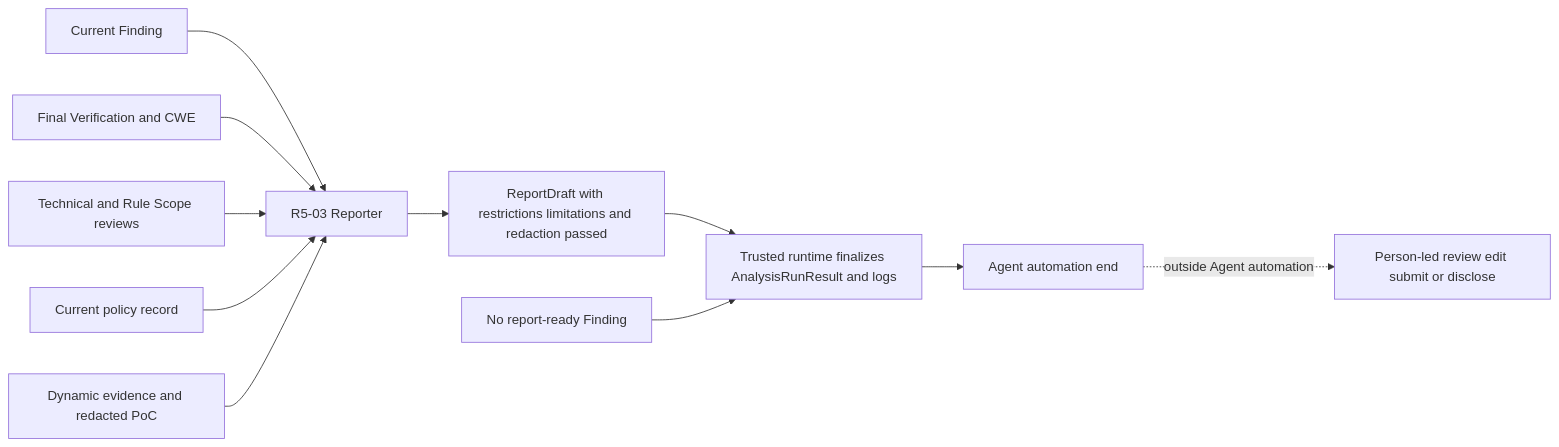
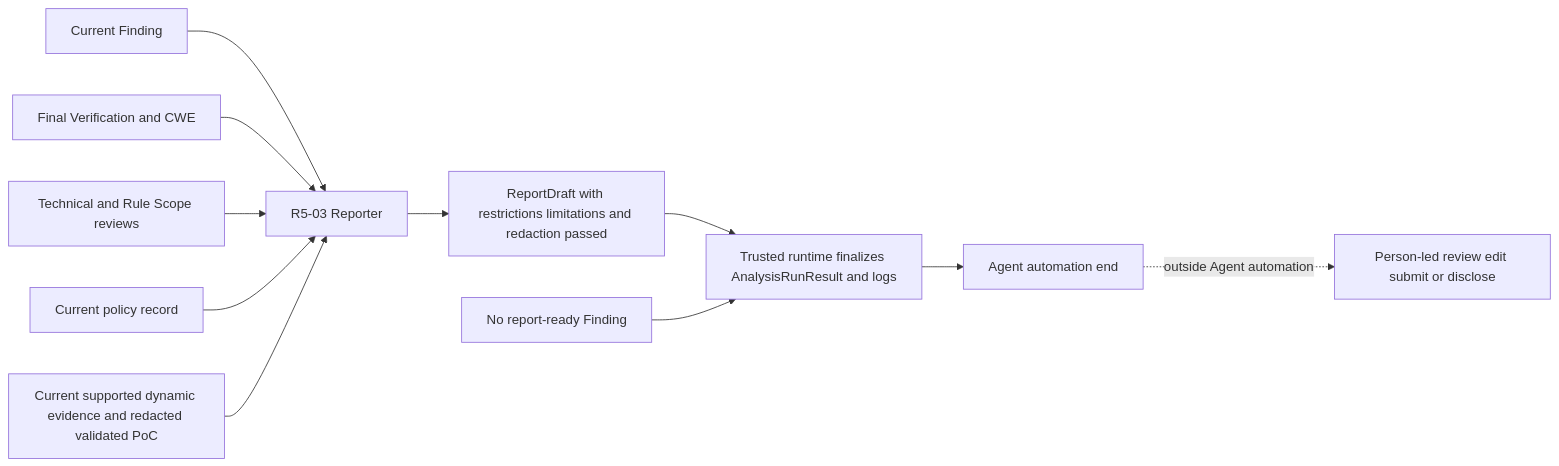
Before and after one commit to SASTsimi/sastsimi: diagram 13 of 13 in docs/architecture-v5/13-architecture-diagrams.md, drawn with Mermaid. The commit also changed other lines of this file and 33 other files, not shown here.

````diff
--- a/docs/architecture-v5/13-architecture-diagrams.md
+++ b/docs/architecture-v5/13-architecture-diagrams.md
@@ -399,13 +408,13 @@
 ```mermaid
 flowchart LR
     FIND[Current Finding] --> REPORTER[R5-03 Reporter]
     VERIFY[Final Verification and CWE] --> REPORTER
     GATES[Technical and Rule Scope reviews] --> REPORTER
     POLICY[Current policy record] --> REPORTER
-    DYNAMIC[Dynamic evidence and redacted PoC] --> REPORTER
+    DYNAMIC[Current supported dynamic evidence and redacted validated PoC] --> REPORTER
     REPORTER --> DRAFT[ReportDraft with restrictions limitations and redaction passed]
     DRAFT --> FINAL[Trusted runtime finalizes AnalysisRunResult and logs]
     BLOCKED[No report-ready Finding] --> FINAL
     FINAL --> END[Agent automation end]
     END -. outside Agent automation .-> HUMAN[Person-led review edit submit or disclose]
 ```
````
